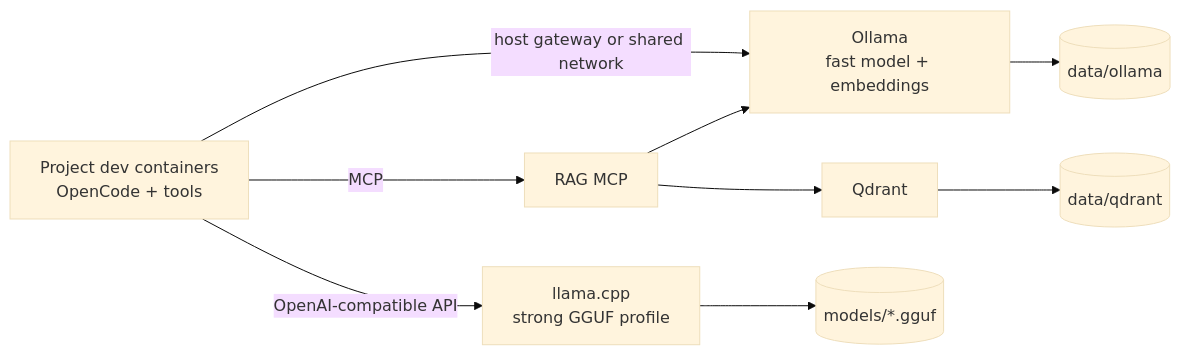
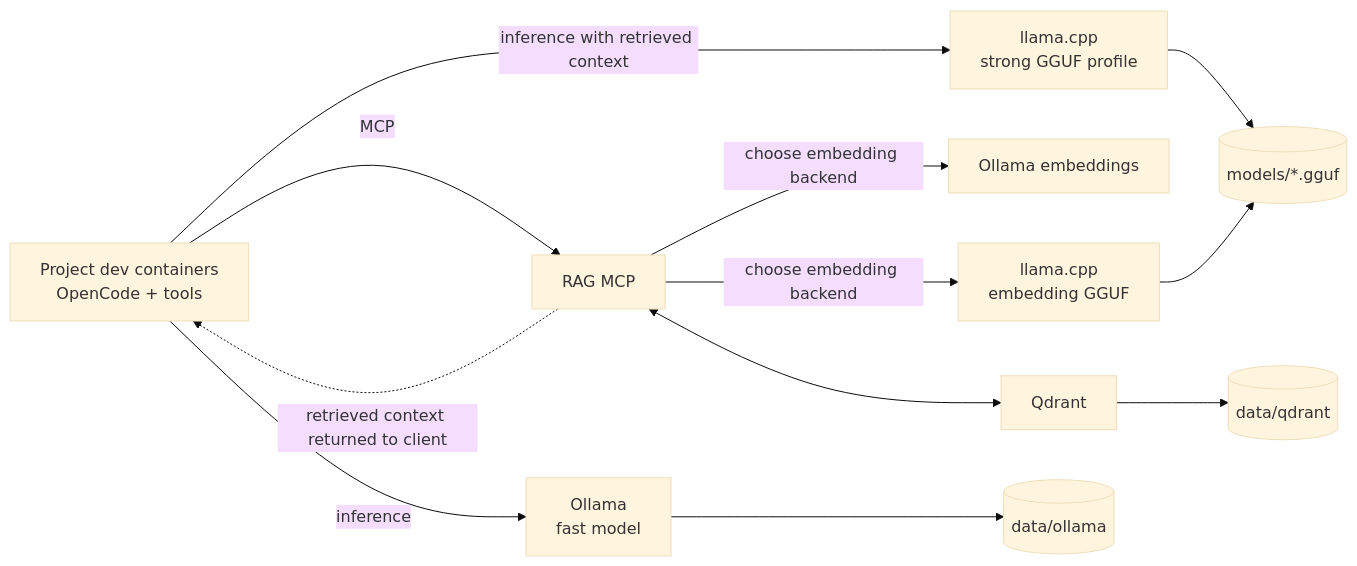
One commit to ktzevani/coding-assistance-infra changed the diagram in README.md. Above: the diagram before and after it, drawn with Mermaid (base theme). The commit also changed other lines of this file and 23 other files, not shown here.

````diff
--- a/README.md
+++ b/README.md
@@ -5,11 +5,14 @@
 ```mermaid
 flowchart LR
-  P[Project dev containers<br/>OpenCode + tools] -->|host gateway or shared network| O[Ollama<br/>fast model + embeddings]
-  P -->|OpenAI-compatible API| L[llama.cpp<br/>strong GGUF profile]
+  P[Project dev containers<br/>OpenCode + tools] -->|inference| O[Ollama<br/>fast model]
+  P -->|inference with retrieved context| L[llama.cpp<br/>strong GGUF profile]
   P -->|MCP| R[RAG MCP]
-  R --> O
-  R --> Q[Qdrant]
+  R -->|choose embedding backend| OE[Ollama embeddings]
+  R -->|choose embedding backend| GE[llama.cpp<br/>embedding GGUF]
+  R <--> Q[Qdrant]
+  R -.->|retrieved context returned to client| P
   O --> D[(data/ollama)]
   L --> M[(models/*.gguf)]
+  GE --> M
   Q --> V[(data/qdrant)]
 ```
````
